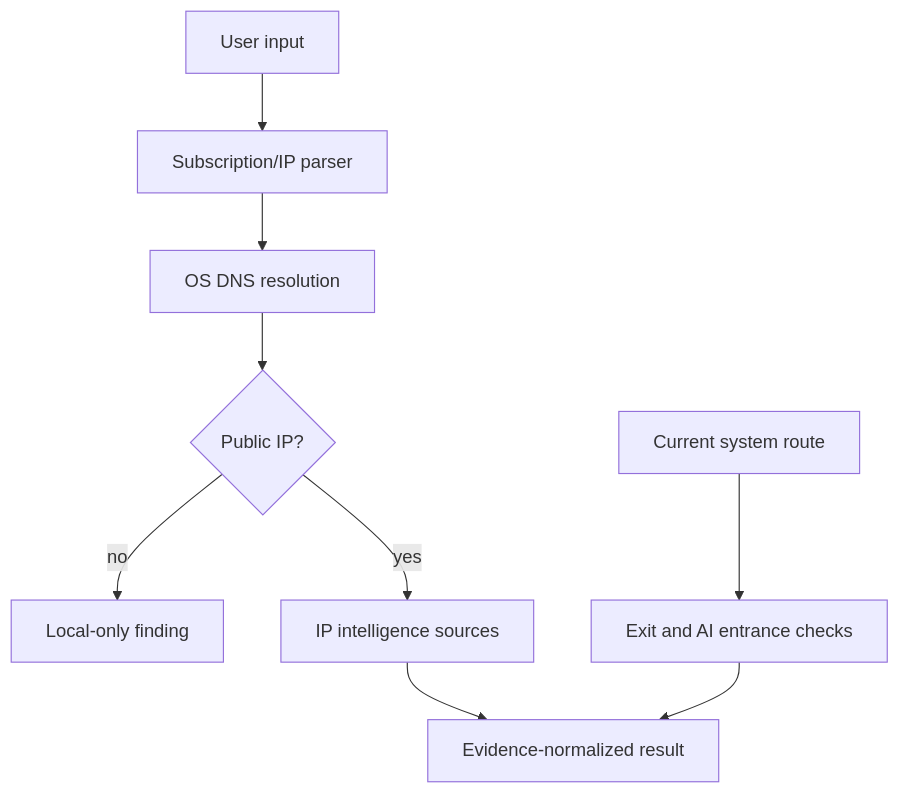
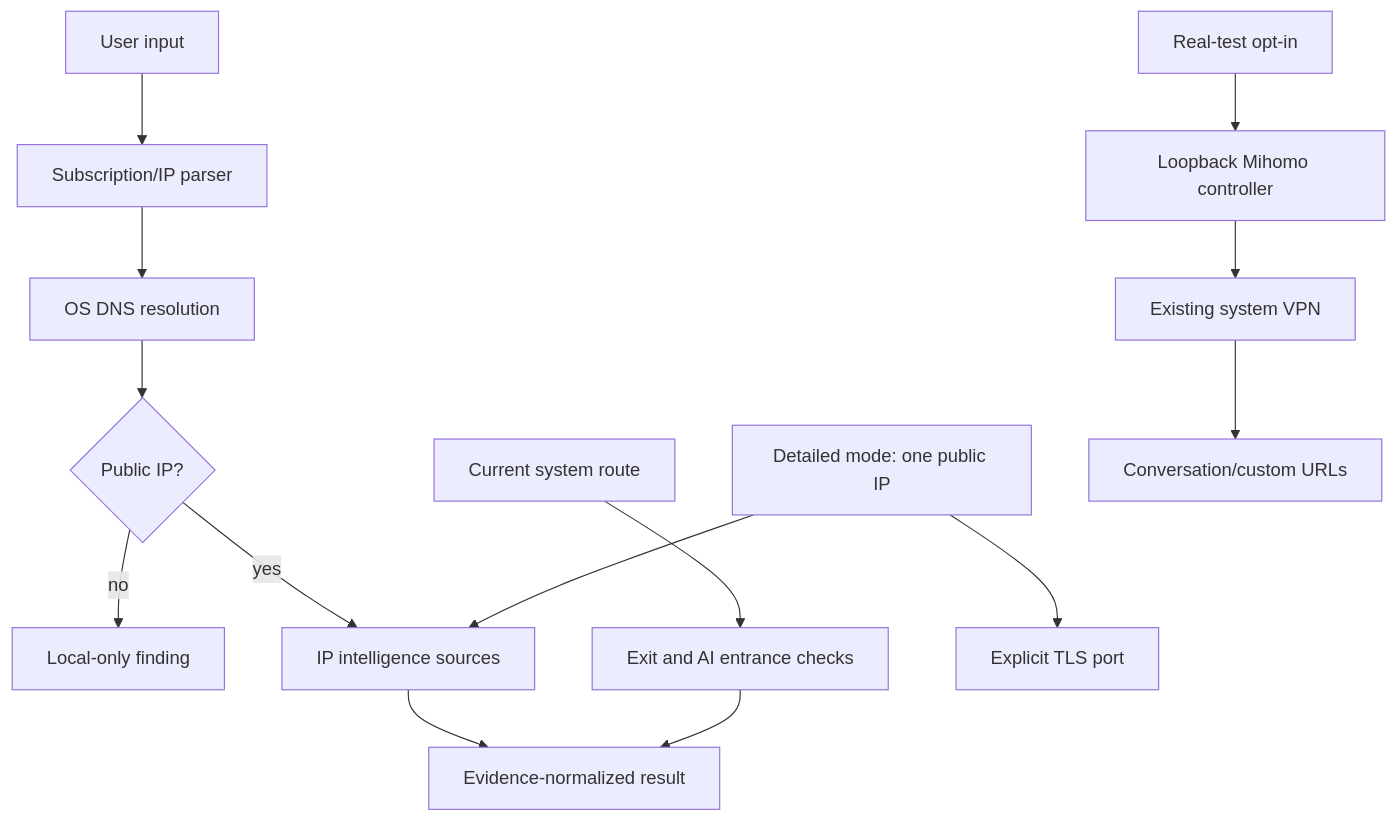
One commit to zizegak916-glitch/0612 changed the diagram in docs/ARCHITECTURE.md. Above: the diagram before and after it, drawn with Mermaid. The commit also changed other lines of this file and 42 other files, not shown here.

Commit message:
feat: add detailed IP and real system VPN tests

````diff
--- a/docs/ARCHITECTURE.md
+++ b/docs/ARCHITECTURE.md
@@ -5,11 +5,16 @@
 ```mermaid
 flowchart TD
   U[User input] --> P[Subscription/IP parser]
   P --> R[OS DNS resolution]
   R --> G{Public IP?}
   G -- no --> L[Local-only finding]
   G -- yes --> I[IP intelligence sources]
   I --> E[Evidence-normalized result]
   C[Current system route] --> X[Exit and AI entrance checks]
   X --> E
+  D["Detailed mode: one public IP"] --> I
+  D --> T["Explicit TLS port"]
+  S["Real-test opt-in"] --> M["Loopback Mihomo controller"]
+  M --> V["Existing system VPN"]
+  V --> A["Conversation/custom URLs"]
 ```
````
